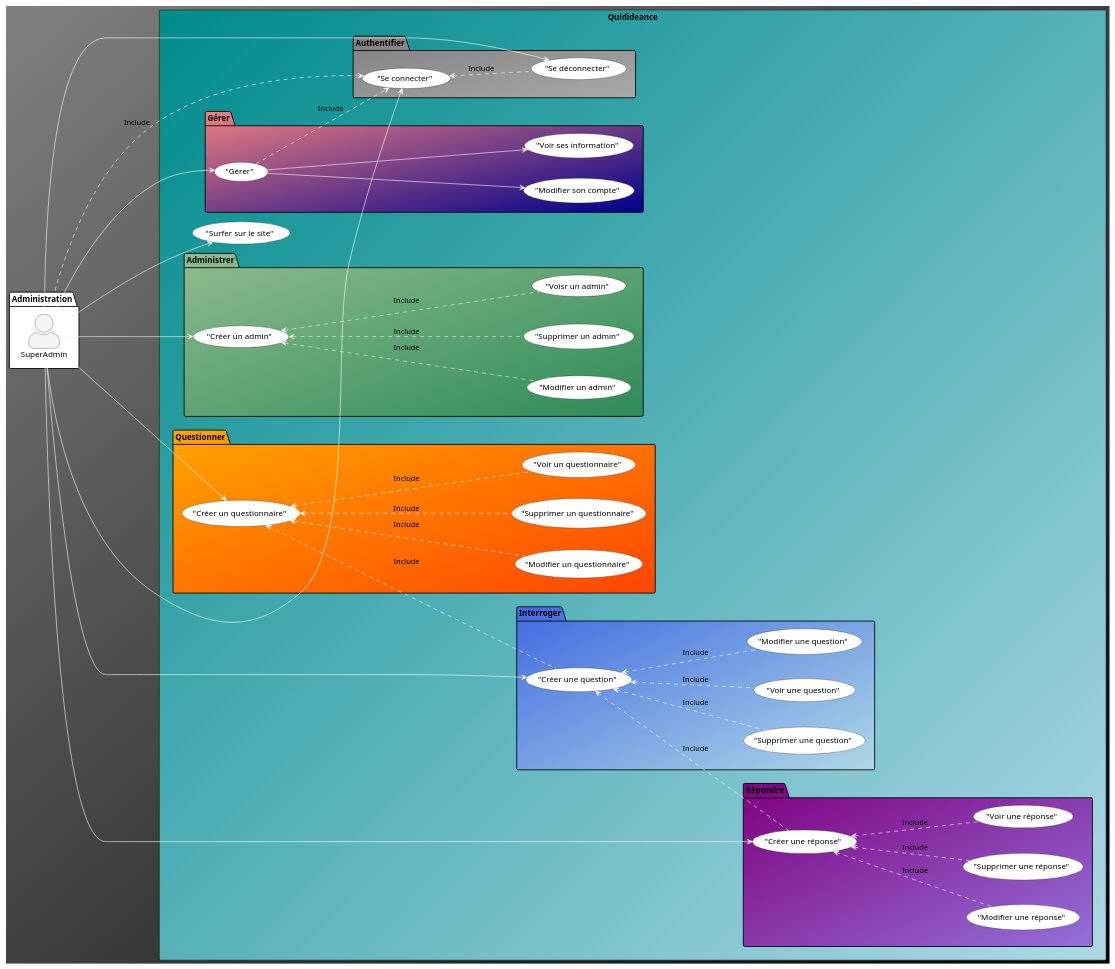
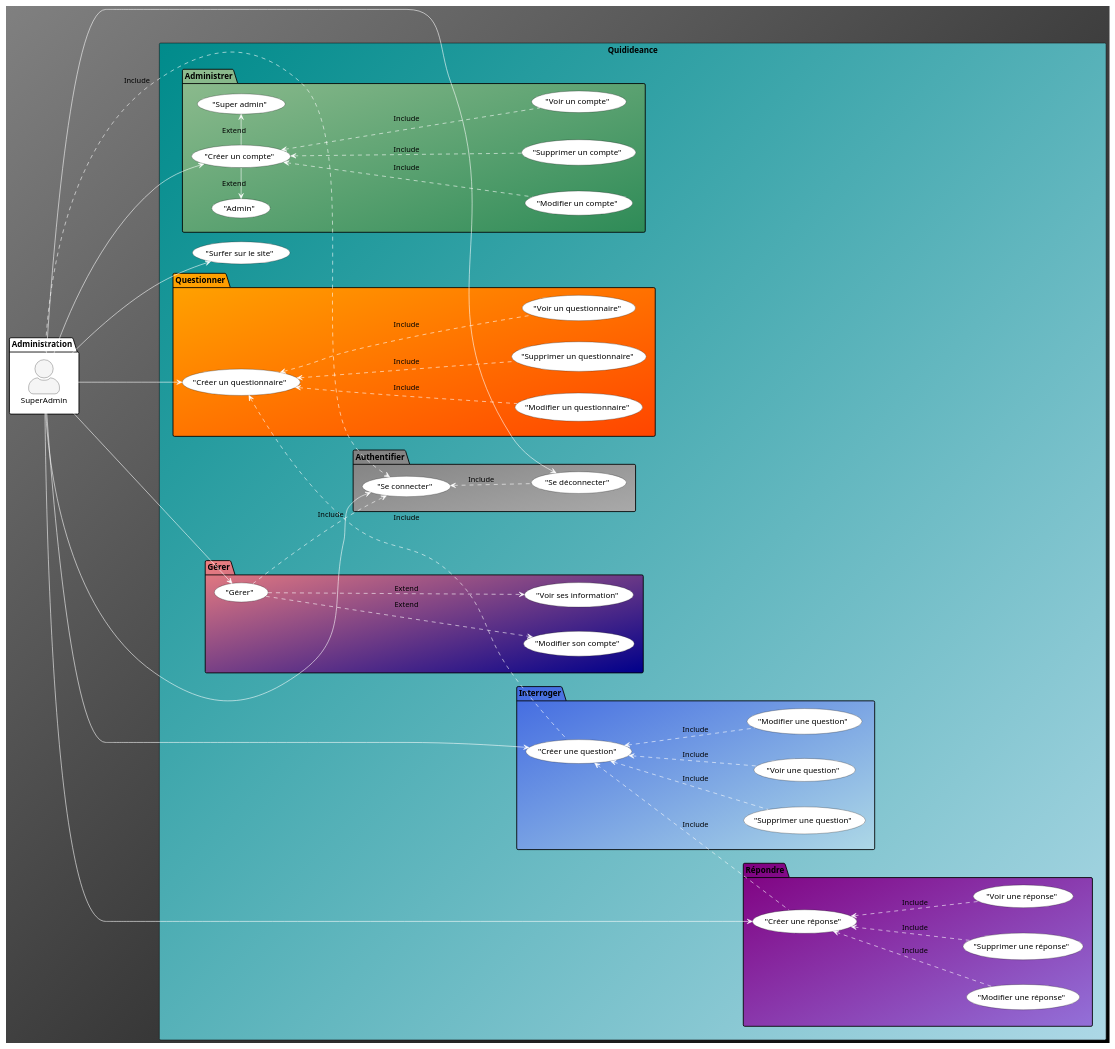
Before and after one commit to nwehla/QuidideanceTest: the diagram in documents/analyse_uml/diagramme_use_case/use_case_superadmin.wsd, drawn with PlantUML. The commit also changed 2 other files, not shown here.

```diff
--- a/documents/analyse_uml/diagramme_use_case/use_case_superadmin.wsd
+++ b/documents/analyse_uml/diagramme_use_case/use_case_superadmin.wsd
@@ -1,94 +1,99 @@
 @startuml Codecouleur
 left to right direction
 skinparam actorStyle awesome
 skinparam backgroundcolor Grey/Black
 skinparam classBackgroundColor Wheat|CornflowerBlue
 package Administration #White{
     actor SuperAdmin as SUPADMIN #WhiteSmoke
 }
 
 
 Rectangle Quidideance #DarkCyan/LightBlue {
 
     ("Surfer sur le site") as SURF #White
     
 package Administrer #DarkSeaGreen/SeaGreen{
-    ("Créer un admin") as ADMNEW #White
-    ("Modifier un admin") as ADMEDIT #White
-    ("Supprimer un admin") as ADMDELETE #White
-    ("Voisr un admin") as ADMSHOW #White
+    ("Créer un compte") as ADMNEW #White
+    ("Modifier un compte") as ADMEDIT #White
+    ("Supprimer un compte") as ADMDELETE #White
+    ("Voir un compte") as ADMSHOW #White
+    ("Admin") as ADMIN #White
+    ("Super admin") as SUPER #White
 }    
 package Interroger #RoyalBlue/LightBlue {
 
     ("Créer une question") as INTNEW #White
     ("Modifier une question") as INTEDIT #White
     ("Supprimer une question") as INTDELETE #White
     ("Voir une question") as INTSHOW #White
 }
 package Questionner #Orange/OrangeRed {
 
     ("Créer un questionnaire") as QUENEW #White
     ("Modifier un questionnaire") as QUEEDIT #White
     ("Supprimer un questionnaire") as QUEDELETE #White
     ("Voir un questionnaire") as QUESHOW #White
 }
 package Répondre #Purple/MediumPurple {
 
     ("Créer une réponse") as REPNEW #White
     ("Modifier une réponse") as REPEDIT #White
     ("Supprimer une réponse") as REPDELETE #White
     ("Voir une réponse") as REPSHOW #White
 }
 package Gérer #LightCoral/DarkBlue {
 
     ("Gérer") as GER #White
     ("Modifier son compte") as GEREDIT #White
     ("Voir ses information") as GERSHOW #White
 }
 
 package Authentifier #Grey/DarkGrey {
 
     ("Se connecter") as CON #White
     ("Se déconnecter") as DEC #White
 }
 
 
     SUPADMIN--left->CON #White
     SUPADMIN--left->DEC #White
-    SUPADMIN--->SURF #White
+    SUPADMIN-->SURF #White
 
 
 
     SUPADMIN--->QUENEW #White
     QUENEW<..-QUEEDIT #White : Include
     QUENEW<..-QUEDELETE #White : Include
     QUENEW<..-QUESHOW #White : Include
 
     SUPADMIN--->INTNEW #White
     INTNEW<..-INTEDIT #White : Include
     INTNEW<..-INTDELETE #White : Include
     INTNEW<..-INTSHOW #White : Include
 
     SUPADMIN--->REPNEW #White
     REPNEW<..-REPEDIT #White : Include
     REPNEW<..-REPDELETE #White : Include
     REPNEW<..-REPSHOW #White : Include
 
-    SUPADMIN--right->GER #White
-    GER--->GEREDIT #White
-    GER--->GERSHOW #White
+    SUPADMIN--->GER #White
+    GER-..>GEREDIT #White : Extend
+    GER-..>GERSHOW #White : Extend
 
-    SUPADMIN--->ADMNEW #WhiteSmoke
-    ADMNEW<..-ADMEDIT #WhiteSmoke : Include
-    ADMNEW<..-ADMDELETE #WhiteSmoke : Include
-    ADMNEW<..-ADMSHOW #WhiteSmoke : Include
+    SUPADMIN--->ADMNEW #White
+    ADMNEW<..-ADMEDIT #White : Include
+    ADMNEW<..-ADMDELETE #White : Include
+    ADMNEW<..-ADMSHOW #White : Include
+    ADMNEW-left->ADMIN #White : Extend
+    ADMNEW-right->SUPER #White : Extend
+
 
     CON<.-DEC #White : Include 
     SUPADMIN-.>CON #White : Include
     GER-.>CON #White : Include
     QUENEW<..-INTNEW #White : Include
     INTNEW<..-REPNEW #White : Include
 
 }
 
 @enduml
```
